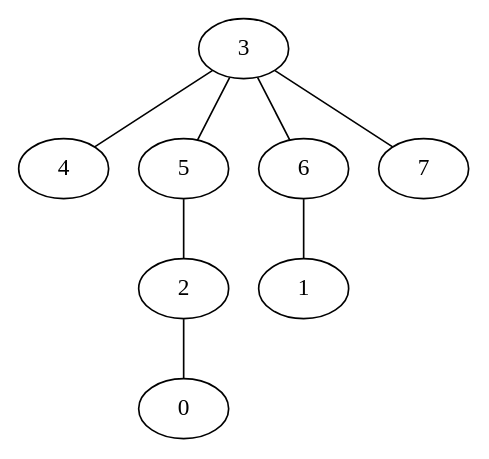
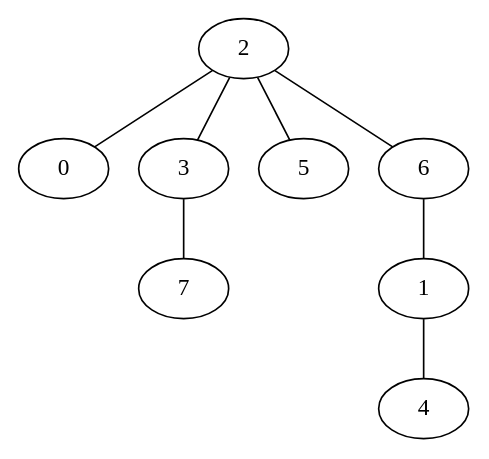
One commit to VillegasGG/greedy-firefighter-problem changed the diagram in experiments/pygrapghviz.dot. Above: the diagram before and after it, drawn with Graphviz. The commit also changed 2 other files, not shown here.

```diff
--- a/experiments/pygrapghviz.dot
+++ b/experiments/pygrapghviz.dot
@@ -1,9 +1,9 @@
 strict graph "" {
-	3 -- 4;
-	3 -- 5;
-	3 -- 6;
+	2 -- 0;
+	2 -- 3;
+	2 -- 5;
+	2 -- 6;
 	3 -- 7;
-	5 -- 2;
 	6 -- 1;
-	2 -- 0;
+	1 -- 4;
 }
```
